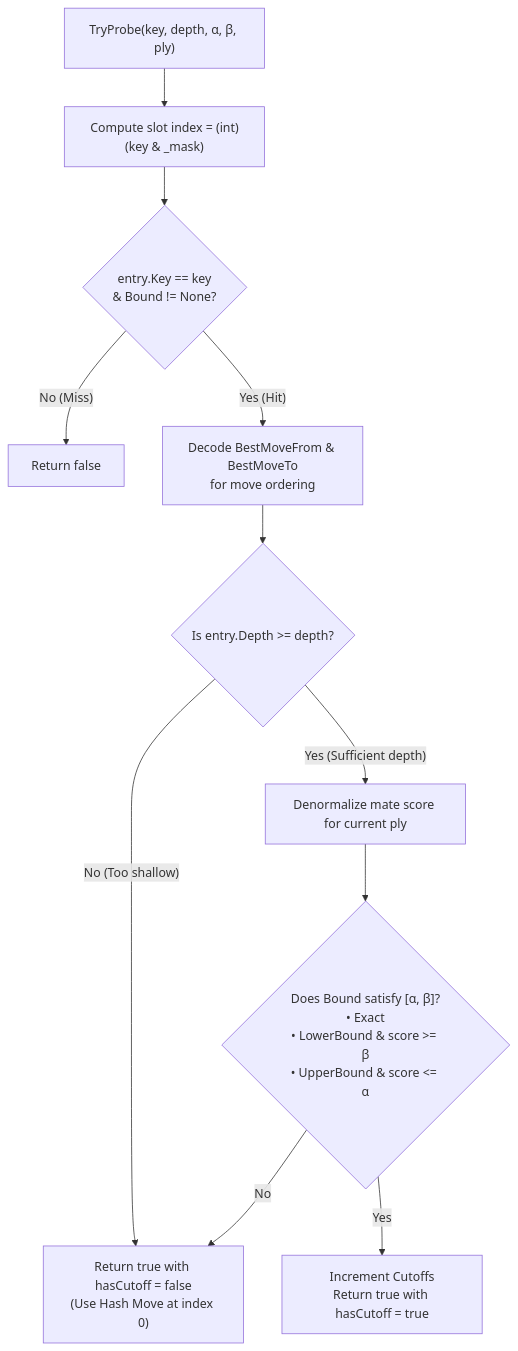
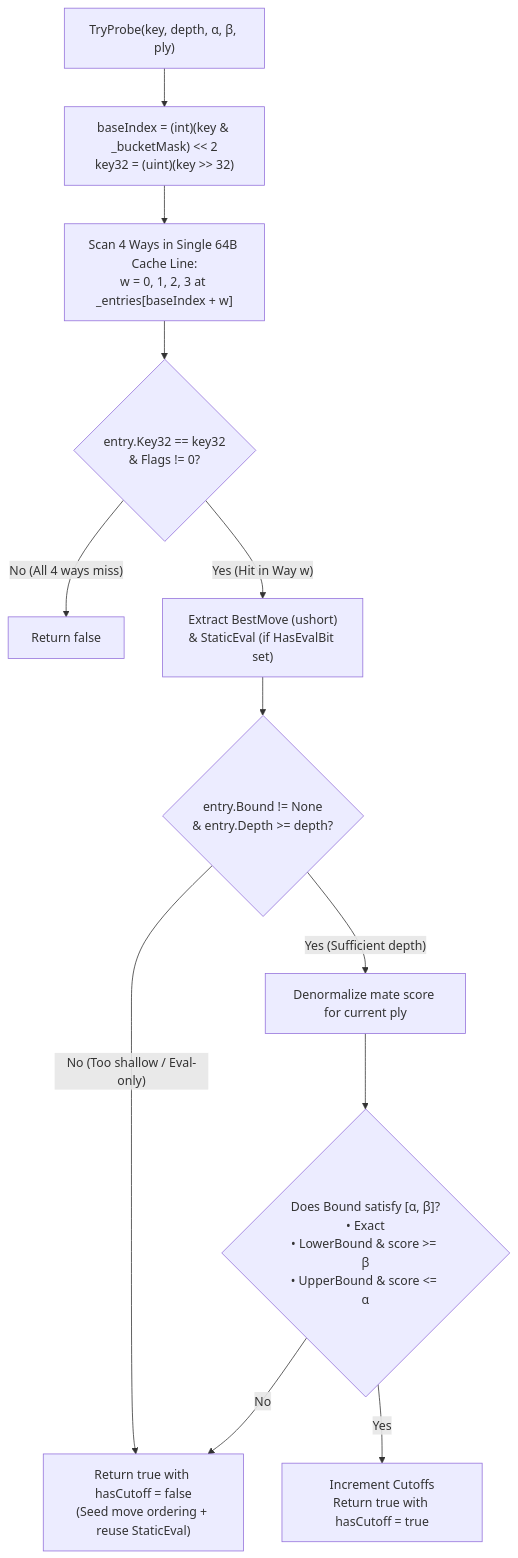
One commit to cjp-dev/Checkers changed the diagram in docs/brain/08-transposition-table.md. Above: the diagram before and after it, drawn with Mermaid. The commit also changed other lines of this file and 17 other files, not shown here.

````diff
--- a/docs/brain/08-transposition-table.md
+++ b/docs/brain/08-transposition-table.md
@@ -54,13 +64,14 @@
 ```mermaid
 flowchart TD
-    Probe["TryProbe(key, depth, α, β, ply)"] --> Index["Compute slot index = (int)(key & _mask)"]
-    Index --> Match{"entry.Key == key<br/>& Bound != None?"}
-    Match -- "No (Miss)" --> Miss["Return false"]
-    Match -- "Yes (Hit)" --> ExtractMove["Decode BestMoveFrom & BestMoveTo<br/>for move ordering"]
-    ExtractMove --> CheckDepth{"Is entry.Depth >= depth?"}
-    CheckDepth -- "No (Too shallow)" --> OrderOnly["Return true with hasCutoff = false<br/>(Use Hash Move at index 0)"]
+    Probe["TryProbe(key, depth, α, β, ply)"] --> Base["baseIndex = (int)(key &amp; _bucketMask) &lt;&lt; 2<br/>key32 = (uint)(key &gt;&gt; 32)"]
+    Base --> Scan["Scan 4 Ways in Single 64B Cache Line:<br/>w = 0, 1, 2, 3 at _entries[baseIndex + w]"]
+    Scan --> Match{"entry.Key32 == key32<br/>&amp; Flags != 0?"}
+    Match -- "No (All 4 ways miss)" --> Miss["Return false"]
+    Match -- "Yes (Hit in Way w)" --> Extract["Extract BestMove (ushort)<br/>&amp; StaticEval (if HasEvalBit set)"]
+    Extract --> CheckDepth{"entry.Bound != None<br/>&amp; entry.Depth >= depth?"}
+    CheckDepth -- "No (Too shallow / Eval-only)" --> OrderOnly["Return true with hasCutoff = false<br/>(Seed move ordering + reuse StaticEval)"]
     CheckDepth -- "Yes (Sufficient depth)" --> Norm["Denormalize mate score for current ply"]
-    Norm --> CheckBound{"Does Bound satisfy [α, β]?<br/>• Exact<br/>• LowerBound & score >= β<br/>• UpperBound & score <= α"}
+    Norm --> CheckBound{"Does Bound satisfy [α, β]?<br/>• Exact<br/>• LowerBound &amp; score >= β<br/>• UpperBound &amp; score <= α"}
     CheckBound -- "Yes" --> Cutoff["Increment Cutoffs<br/>Return true with hasCutoff = true"]
     CheckBound -- "No" --> OrderOnly
 ```
````
